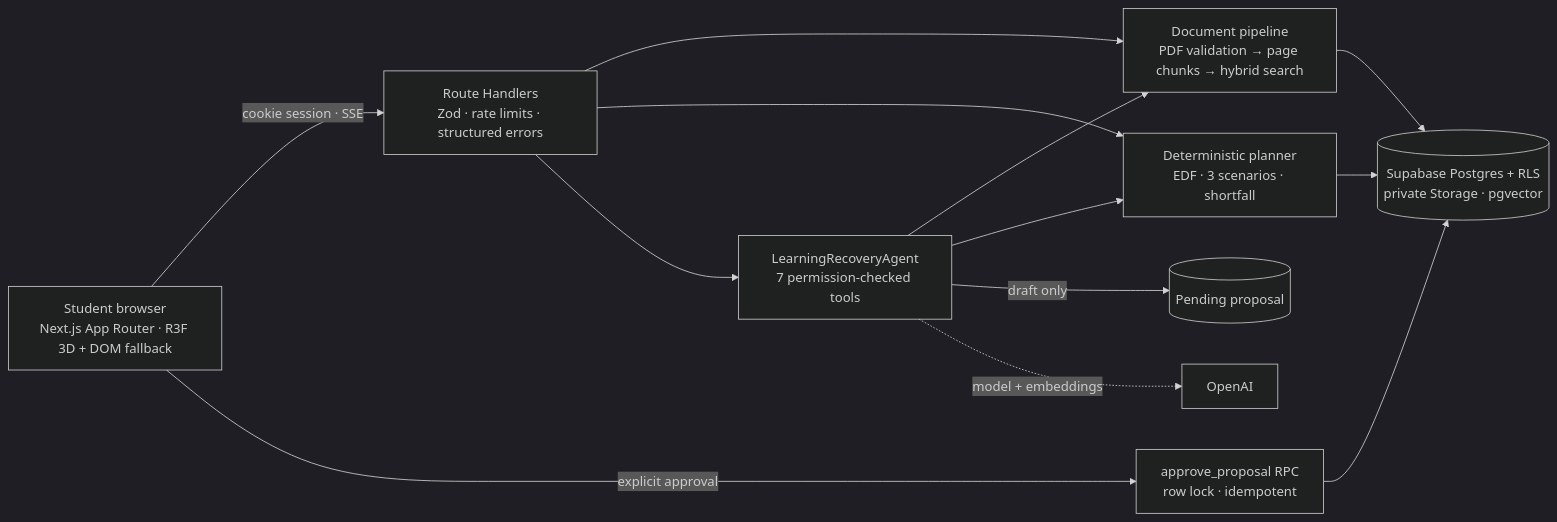
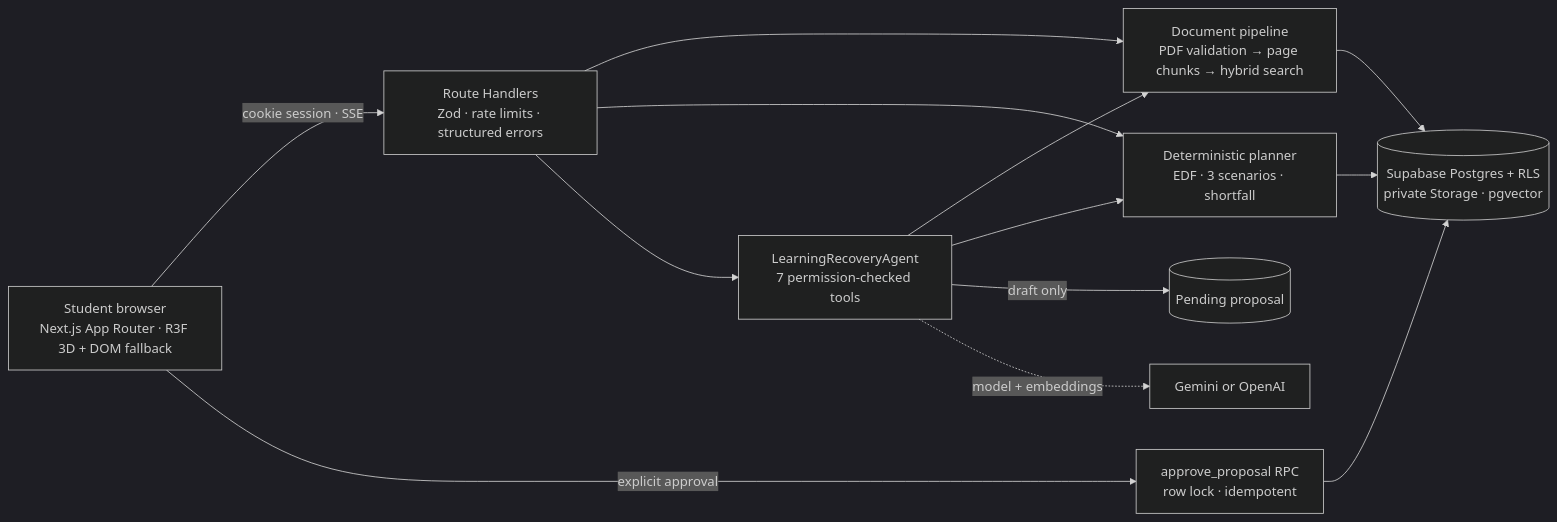
One commit to krish2105/CatchupAI-Agentic-AI changed the diagram in README.md. Above: the diagram before and after it, drawn with Mermaid (dark theme). The commit also changed other lines of this file and 23 other files, not shown here.

Commit message:
Release candidate: Gemini embeddings, safe-failure scenario and cost estimates, Gemini setup docs, judge evidence pack, checkpoint tracker and final readiness report

````diff
--- a/README.md
+++ b/README.md
@@ -116,15 +116,15 @@
 ```mermaid
 flowchart LR
   U[Student browser<br/>Next.js App Router · R3F 3D + DOM fallback] -->|cookie session · SSE| API[Route Handlers<br/>Zod · rate limits · structured errors]
   API --> RAG[Document pipeline<br/>PDF validation → page chunks → hybrid search]
   API --> PLAN[Deterministic planner<br/>EDF · 3 scenarios · shortfall]
   API --> AGENT[LearningRecoveryAgent<br/>7 permission-checked tools]
   AGENT --> RAG
   AGENT --> PLAN
   AGENT -->|draft only| PROP[(Pending proposal)]
   U -->|explicit approval| APPROVE[approve_proposal RPC<br/>row lock · idempotent]
   APPROVE --> DB[(Supabase Postgres + RLS<br/>private Storage · pgvector)]
   RAG --> DB
   PLAN --> DB
-  AGENT -. model + embeddings .-> OAI[OpenAI]
+  AGENT -. model + embeddings .-> OAI[Gemini or OpenAI]
 ```
````
